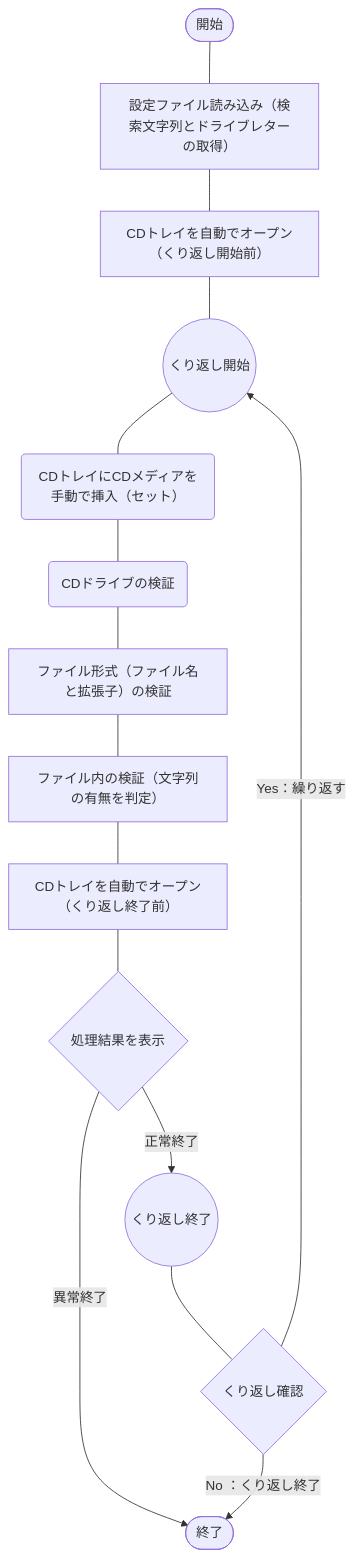
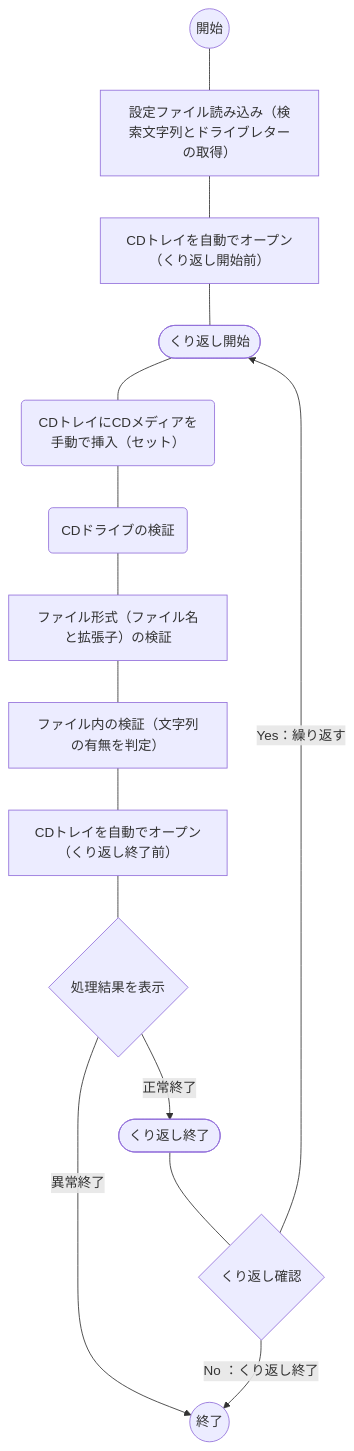
One commit to akiGAMEBOY/haretokidoki_zn changed the diagram in articles/f1634c386ffc1d.md. Above: the diagram before and after it, drawn with Mermaid.

````diff
--- a/articles/f1634c386ffc1d.md
+++ b/articles/f1634c386ffc1d.md
@@ -44,17 +44,17 @@
 ```mermaid
 flowchart TB
-    A(["開始"]) --- B["設定ファイル読み込み（検索文字列とドライブレターの取得）"]
+    A(("開始")) --- B["設定ファイル読み込み（検索文字列とドライブレターの取得）"]
     B --- C["CDトレイを自動でオープン（くり返し開始前）"]
-    C --- D(("くり返し開始"))
+    C --- D(["くり返し開始"])
     D --- E("CDトレイにCDメディアを手動で挿入（セット）")
     E --- F("CDドライブの検証")
     F --- G["ファイル形式（ファイル名と拡張子）の検証"]
     G --- H["ファイル内の検証（文字列の有無を判定）"]
     H --- I["CDトレイを自動でオープン（くり返し終了前）"]
     I --- J{"処理結果を表示"}
-    J --> |"正常終了"| K(("くり返し終了"))
-    J --> |"異常終了"| M(["終了"])
+    J --> |"正常終了"| K(["くり返し終了"])
+    J --> |"異常終了"| M(("終了"))
     K --- L{"くり返し確認"}
     L --> |"Yes：繰り返す"| D
     L --> |"No ：くり返し終了"| M
 ```
````
